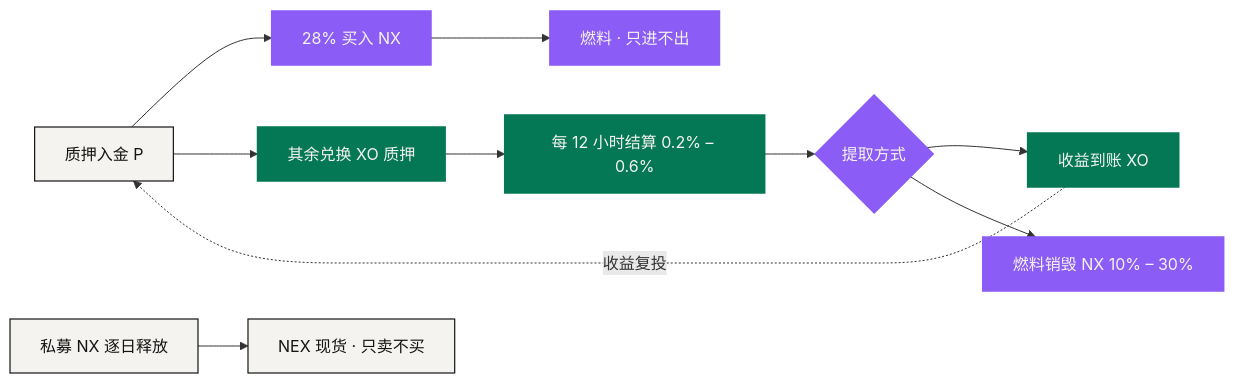
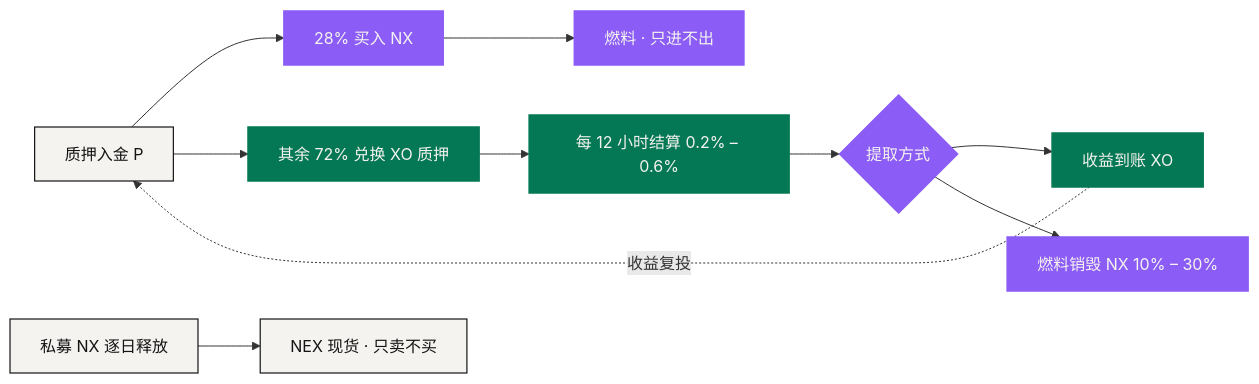
Before and after one commit to NEXONMarkets/NEXON-Whitepaper: the diagram in docs/zh/05-tokenomics/value-flows.md, drawn with Mermaid. The commit also changed other lines of this file and 23 other files, not shown here.

````diff
--- a/docs/zh/05-tokenomics/value-flows.md
+++ b/docs/zh/05-tokenomics/value-flows.md
@@ -68,18 +68,18 @@
 ```mermaid
 flowchart LR
     P["质押入金 P"] --> B["28% 买入 NX"]
-    P --> S["其余兑换 XO 质押"]
+    P --> S["其余 72% 兑换 XO 质押"]
     B --> W["燃料 · 只进不出"]
     S --> R["每 12 小时结算 0.2% – 0.6%"]
     R --> C{"提取方式"}
     C --> N["收益到账 XO"]
     C --> X["燃料销毁 NX 10% – 30%"]
     N -. "收益复投" .-> P
     V["私募 NX 逐日释放"] --> M["NEX 现货 · 只卖不买"]
     classDef anchor fill:#047854,stroke:#047854,stroke-width:1.5px,color:#F5F3F0
     classDef engine fill:#8B5CF6,stroke:#8B5CF6,stroke-width:1.5px,color:#F5F3F0
     classDef solid  fill:#F5F3F0,stroke:#141414,stroke-width:1.2px,color:#141414
     class P,V,M solid
     class S,R,N anchor
     class B,W,C,X engine
 ```
````
